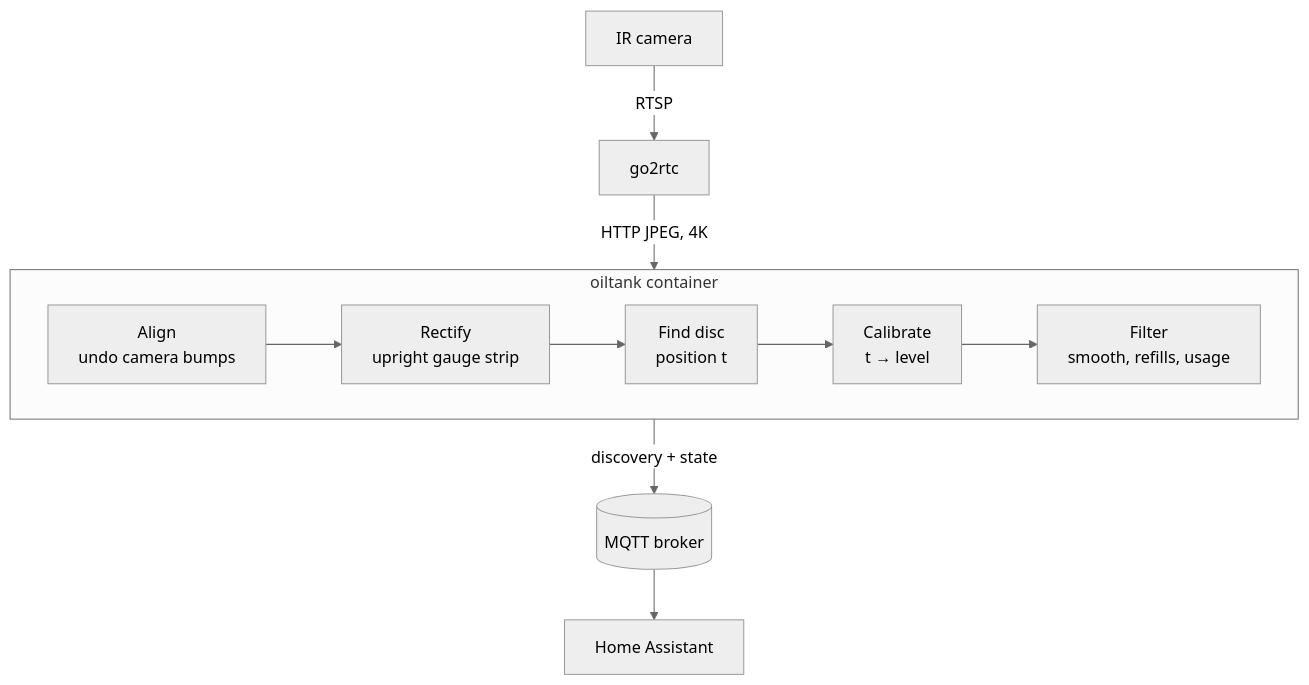
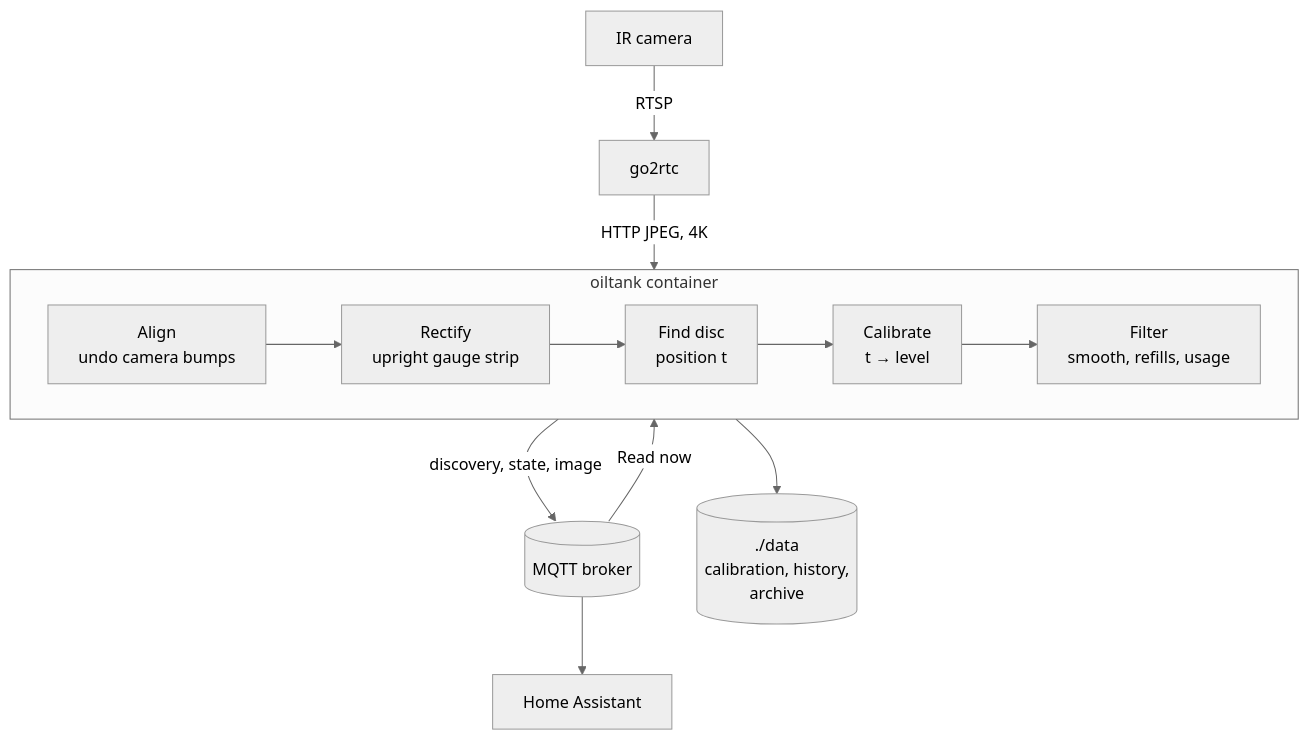
The diagram in README.md (icooper/oiltank), drawn with Mermaid (neutral theme) before and after one commit. The commit also changed other lines of this file and 5 other files, not shown here.

````diff
--- a/README.md
+++ b/README.md
@@ -14,14 +28,16 @@
 ```mermaid
 flowchart TB
     camera["IR camera"] -->|RTSP| go2rtc
     go2rtc -->|"HTTP JPEG, 4K"| oiltank
     subgraph oiltank ["oiltank container"]
         direction LR
         align["Align<br/>undo camera bumps"] --> rectify["Rectify<br/>upright gauge strip"]
         rectify --> find["Find disc<br/>position t"]
         find --> calibrate["Calibrate<br/>t → level"]
         calibrate --> filter["Filter<br/>smooth, refills, usage"]
     end
-    oiltank -->|"discovery + state"| broker[("MQTT broker")]
+    oiltank -->|"discovery, state, image"| broker[("MQTT broker")]
+    broker -->|"Read now"| oiltank
     broker --> ha["Home Assistant"]
+    oiltank --> data[("./data<br/>calibration, history,<br/>archive")]
 ```
````
